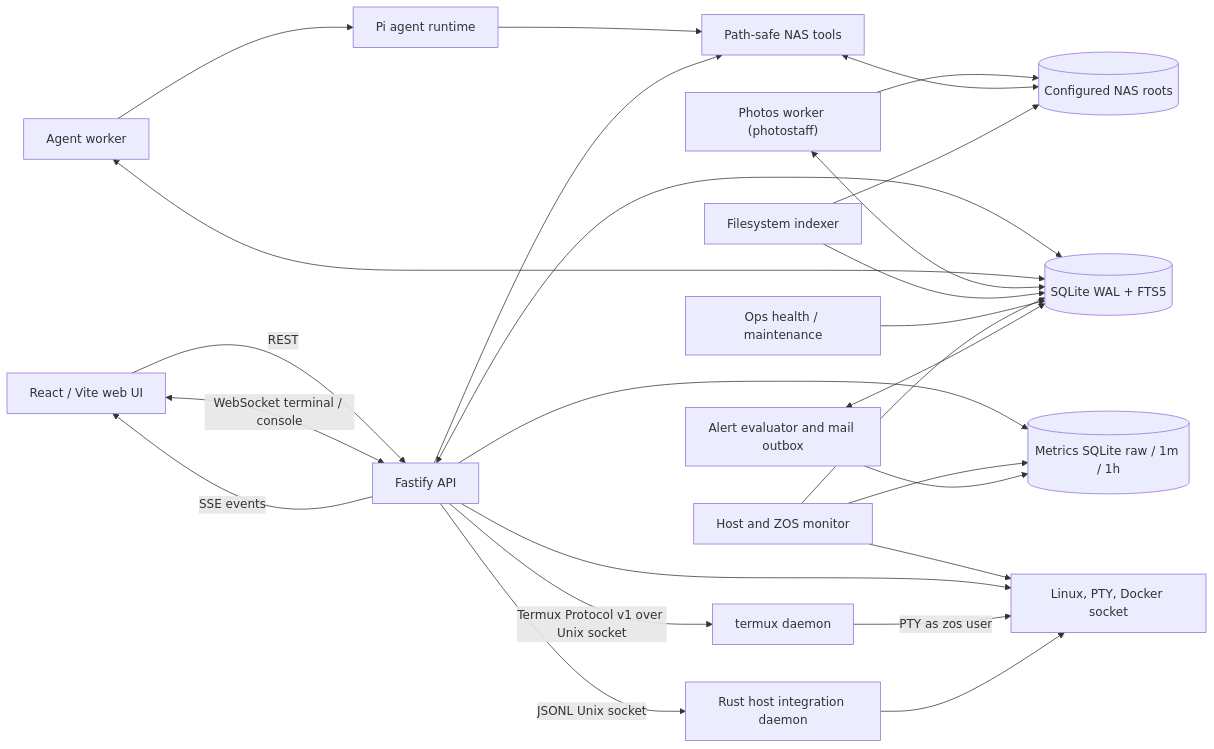
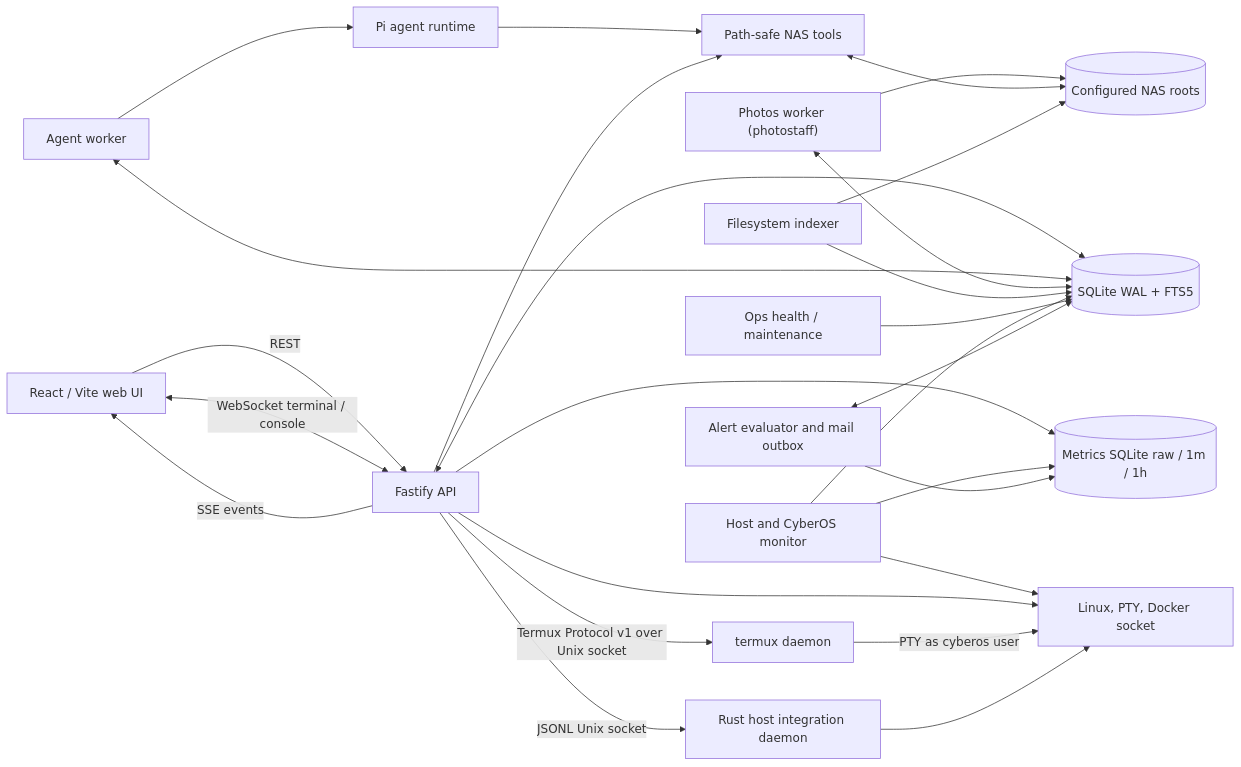
One commit to zhubby/CyberOS changed the diagram in README.md. Above: the diagram before and after it, drawn with Mermaid. The commit also changed other lines of this file and 711 other files, not shown here.

First line of the commit message:
feat!: rename ZOS to CyberOS 2.0

````diff
--- a/README.md
+++ b/README.md
@@ -76,44 +76,44 @@
 ```mermaid
 flowchart LR
   Browser["React / Vite web UI"]
   API["Fastify API"]
   DB[("SQLite WAL + FTS5")]
   Metrics[("Metrics SQLite raw / 1m / 1h")]
   Worker["Agent worker"]
   PhotoWorker["Photos worker (photostaff)"]
   Agent["Pi agent runtime"]
   Indexer["Filesystem indexer"]
   Ops["Ops health / maintenance"]
-  Monitor["Host and ZOS monitor"]
+  Monitor["Host and CyberOS monitor"]
   Alerter["Alert evaluator and mail outbox"]
   Tools["Path-safe NAS tools"]
   Roots[("Configured NAS roots")]
   Host["Linux, PTY, Docker socket"]
   Hostd["Rust host integration daemon"]
 
   Browser -->|REST| API
   API -->|SSE events| Browser
   Browser <-->|WebSocket terminal / console| API
   API <--> DB
   API --> Metrics
   Worker <--> DB
   Worker --> Agent
   PhotoWorker <--> DB
   PhotoWorker --> Roots
   Agent --> Tools
   API --> Tools
   Tools <--> Roots
   Indexer --> Roots
   Indexer --> DB
   Ops --> DB
   Monitor --> Metrics
   Monitor --> DB
   Monitor --> Host
   Alerter --> Metrics
   Alerter <--> DB
   API --> Host
   API -->|Termux Protocol v1 over Unix socket| Termux[termux daemon]
-  Termux -->|PTY as zos user| Host
+  Termux -->|PTY as cyberos user| Host
   API -->|JSONL Unix socket| Hostd
   Hostd --> Host
 ```
````
